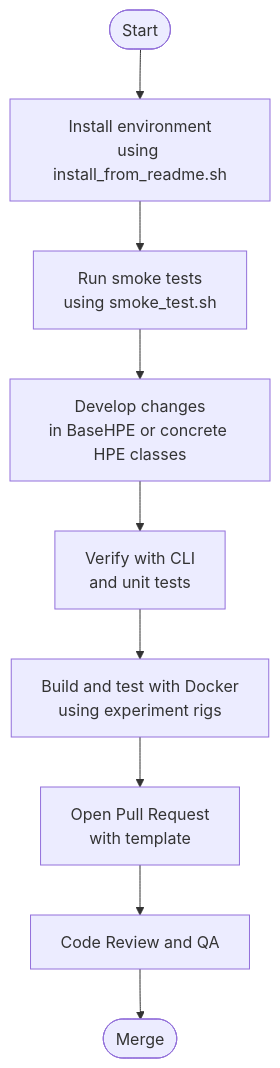
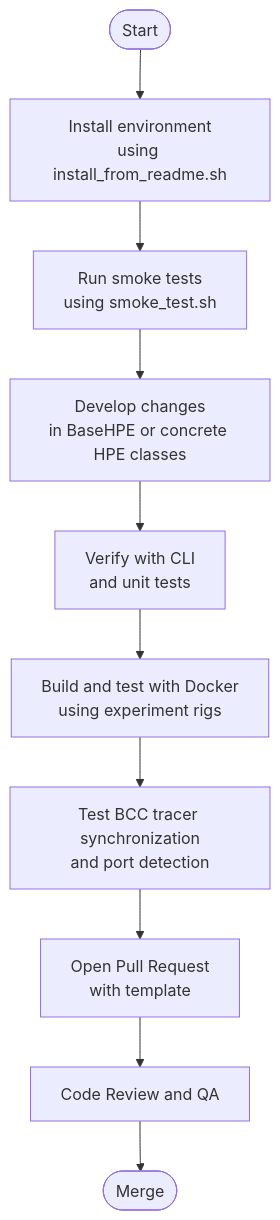
The third of 4 diagrams in .qoder/repowiki/en/content/Contributing Guidelines.md (Fogus-Gr/MeasurementsDTs), drawn with Mermaid before and after one commit. The commit also changed other lines of this file and 9 other files, not shown here.

````diff
--- a/.qoder/repowiki/en/content/Contributing Guidelines.md
+++ b/.qoder/repowiki/en/content/Contributing Guidelines.md
@@ -190,11 +221,12 @@
 ```mermaid
 flowchart TD
 Start(["Start"]) --> Setup["Install environment<br/>using install_from_readme.sh"]
 Setup --> Test["Run smoke tests<br/>using smoke_test.sh"]
 Test --> Dev["Develop changes<br/>in BaseHPE or concrete HPE classes"]
 Dev --> Verify["Verify with CLI<br/>and unit tests"]
 Verify --> Docker["Build and test with Docker<br/>using experiment rigs"]
-Docker --> PR["Open Pull Request<br/>with template"]
+Docker --> BCC["Test BCC tracer synchronization<br/>and port detection"]
+BCC --> PR["Open Pull Request<br/>with template"]
 PR --> Review["Code Review and QA"]
 Review --> Merge(["Merge"])
 ```
````
